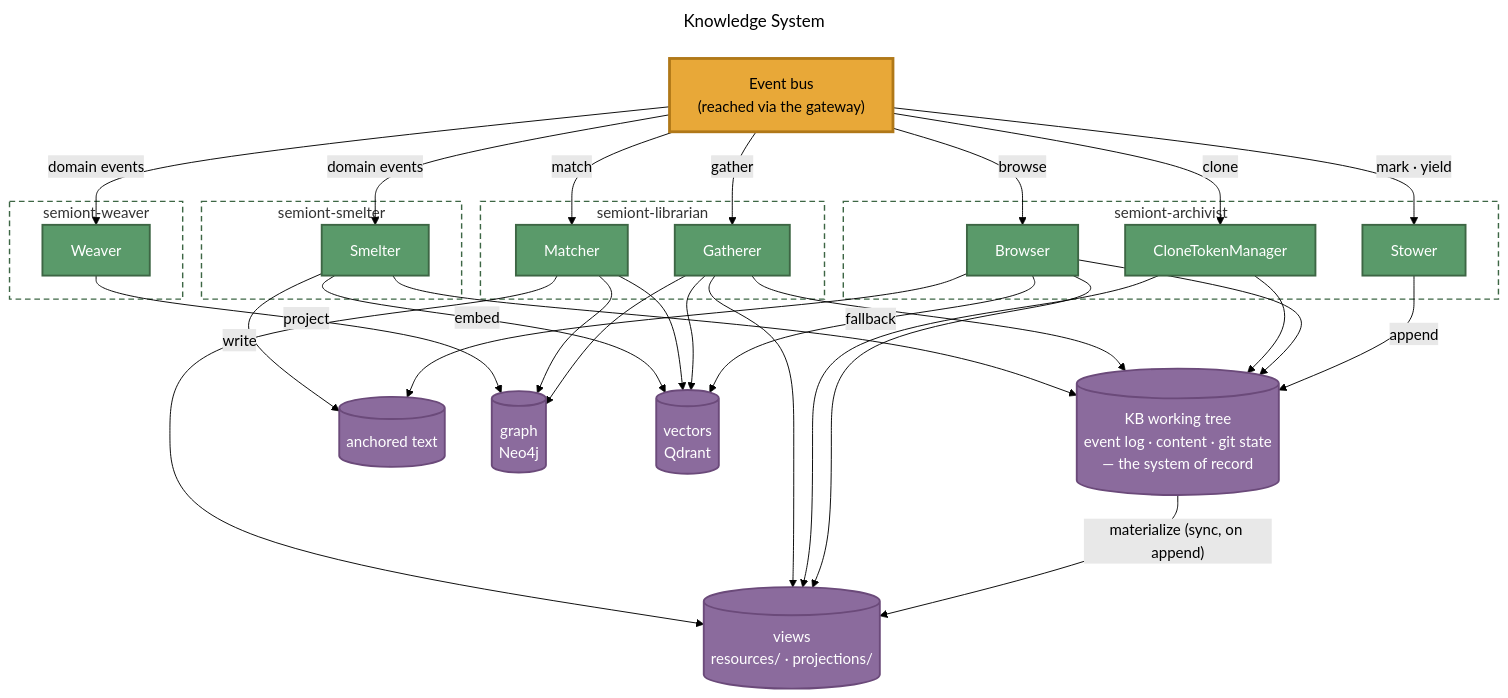
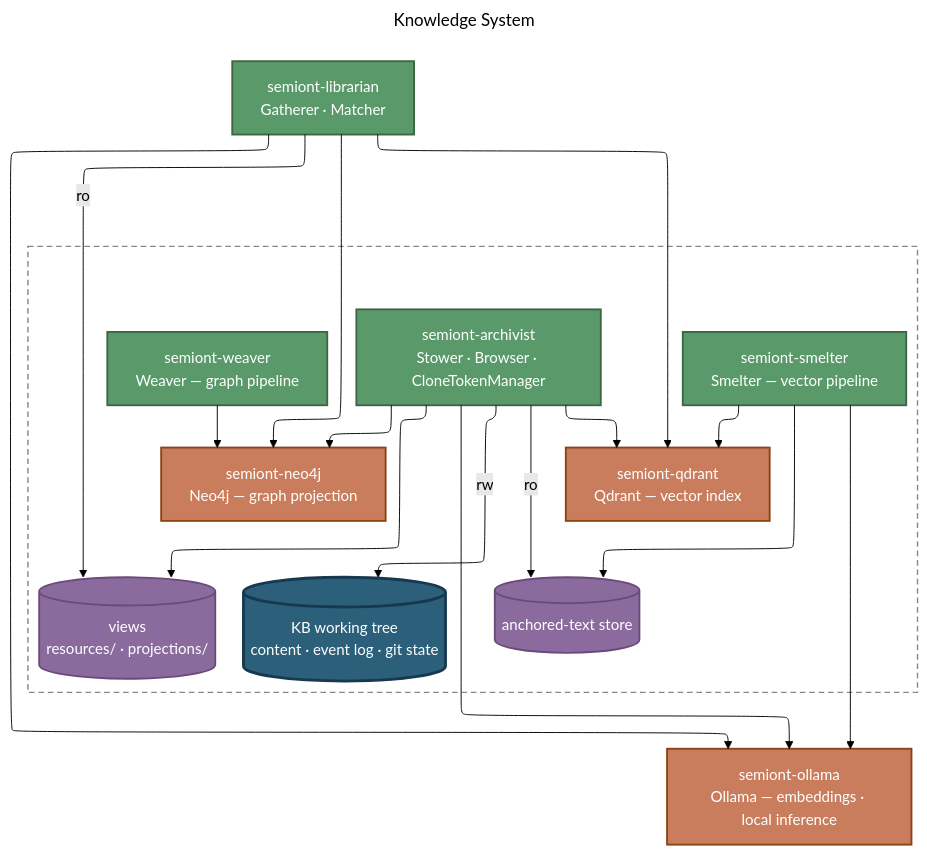
Before and after one commit to The-AI-Alliance/semiont: the diagram in docs/system/KNOWLEDGE-SYSTEM.md, drawn with Mermaid (forest theme). The commit also changed other lines of this file and 5 other files, not shown here.

````diff
--- a/docs/system/KNOWLEDGE-SYSTEM.md
+++ b/docs/system/KNOWLEDGE-SYSTEM.md
@@ -25,72 +25,54 @@
 ```mermaid
 ---
 title: Knowledge System
+config:
+  layout: elk
 ---
 graph TB
-    BE["Event bus<br/>(reached via the gateway)"]
+    LIB["semiont-librarian<br/>Gatherer · Matcher"]
 
-    subgraph ARCHG ["semiont-archivist"]
-        STOWER["Stower"]
-        BROWSER["Browser"]
-        CTM["CloneTokenManager"]
+    subgraph G2 [" "]
+        SMELT["semiont-smelter<br/>Smelter — vector pipeline"]
+        WEAVE["semiont-weaver<br/>Weaver — graph pipeline"]
+        ARCH["semiont-archivist<br/>Stower · Browser · CloneTokenManager"]
+        QD["semiont-qdrant<br/>Qdrant — vector index"]
+        NEO["semiont-neo4j<br/>Neo4j — graph projection"]
+        ANCH[("anchored-text store")]
+        VIEWS[("views<br/>resources/ · projections/")]
+        TREE[("KB working tree<br/>content · event log · git state")]
     end
 
-    subgraph LIBG ["semiont-librarian"]
-        GATHERER["Gatherer"]
-        MATCHER["Matcher"]
-    end
+    OL["semiont-ollama<br/>Ollama — embeddings · local inference"]
 
-    subgraph WEAVG ["semiont-weaver"]
-        WEAVER["Weaver"]
-    end
-    subgraph SMELG ["semiont-smelter"]
-        SMELT["Smelter"]
-    end
+    ARCH -->|rw| TREE
+    ARCH --> VIEWS
+    LIB -->|ro| VIEWS
+    SMELT --> ANCH
+    ARCH -->|ro| ANCH
 
-    TREE[("KB working tree<br/>event log · content · git state<br/>— the system of record")]
-    VIEWS[("views<br/>resources/ · projections/")]
-    ANCH[("anchored text")]
-    GRAPH[("graph<br/>Neo4j")]
-    VECTORS[("vectors<br/>Qdrant")]
+    WEAVE --> NEO
+    ARCH --> NEO
+    LIB --> NEO
+    SMELT --> QD
+    ARCH --> QD
+    LIB --> QD
+    SMELT --> OL
+    ARCH --> OL
+    LIB --> OL
 
-    BE -->|"mark · yield"| STOWER
-    BE -->|browse| BROWSER
-    BE -->|clone| CTM
-    BE -->|gather| GATHERER
-    BE -->|match| MATCHER
-    BE -->|"domain events"| WEAVER
-    BE -->|"domain events"| SMELT
+    classDef svc fill:#5a9a6a,stroke:#3d6644,stroke-width:2px,color:#fff
+    classDef infra fill:#c97d5d,stroke:#8b4513,stroke-width:2px,color:#fff
+    classDef store fill:#8b6b9d,stroke:#6b4a7a,stroke-width:2px,color:#fff
+    classDef record fill:#2c5f7a,stroke:#16394f,stroke-width:3px,color:#fff
 
-    STOWER -->|append| TREE
-    TREE -->|"materialize (sync, on append)"| VIEWS
-    BROWSER --> VIEWS
-    BROWSER --> TREE
-    BROWSER -->|fallback| VECTORS
-    BROWSER --> ANCH
-    CTM --> VIEWS
-    CTM --> TREE
-    GATHERER --> VIEWS
-    GATHERER --> TREE
-    GATHERER --> GRAPH
-    GATHERER --> VECTORS
-    MATCHER --> VIEWS
-    MATCHER --> GRAPH
-    MATCHER --> VECTORS
-    WEAVER -->|project| GRAPH
-    SMELT --> TREE
-    SMELT -->|embed| VECTORS
-    SMELT -->|write| ANCH
+    class LIB,SMELT,WEAVE,ARCH svc
+    class QD,NEO,OL infra
+    class ANCH,VIEWS store
+    class TREE record
 
-    classDef hub fill:#e8a838,stroke:#b07818,stroke-width:3px,color:#000
-    classDef svc fill:#5a9a6a,stroke:#3d6644,stroke-width:2px,color:#fff
-    classDef store fill:#8b6b9d,stroke:#6b4a7a,stroke-width:2px,color:#fff
+    NEO ~~~ TREE
+    NEO ~~~ VIEWS
+    QD ~~~ ANCH
 
-    class BE hub
-    class STOWER,BROWSER,CTM,GATHERER,MATCHER,WEAVER,SMELT svc
-    class TREE,VIEWS,ANCH,GRAPH,VECTORS store
-
-    style ARCHG fill:none,stroke:#3d6644,stroke-width:1.5px,stroke-dasharray:6 4
-    style LIBG fill:none,stroke:#3d6644,stroke-width:1.5px,stroke-dasharray:6 4
-    style WEAVG fill:none,stroke:#3d6644,stroke-width:1.5px,stroke-dasharray:6 4
-    style SMELG fill:none,stroke:#3d6644,stroke-width:1.5px,stroke-dasharray:6 4
+    style G2 fill:none,stroke:#888,stroke-width:1.5px,stroke-dasharray:6 4
 ```
````
